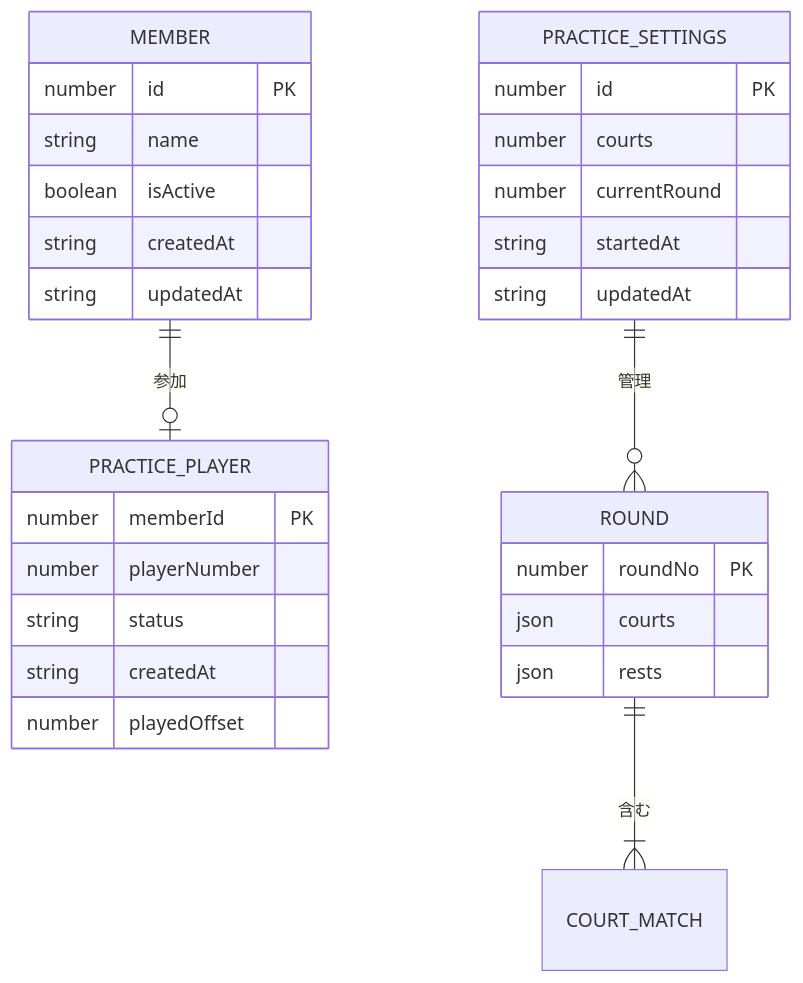
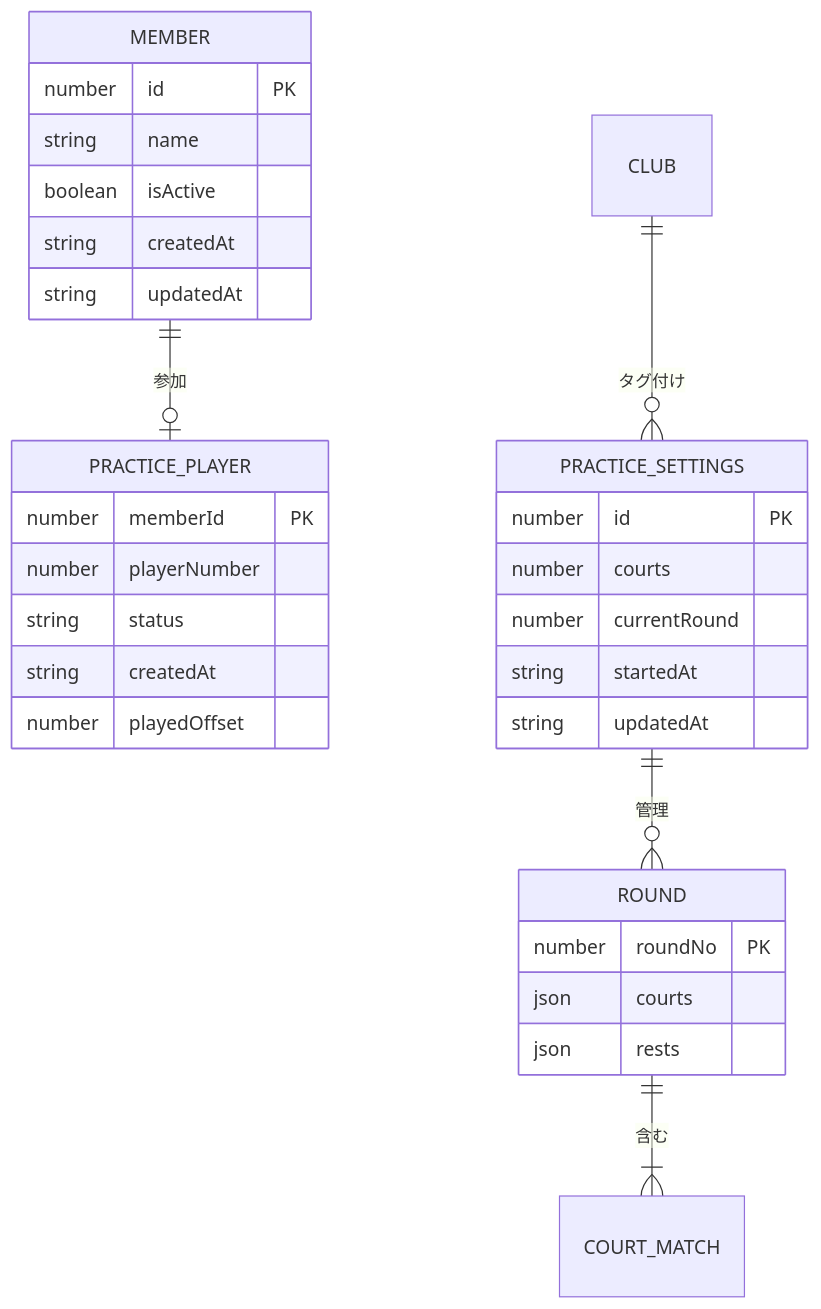
One commit to KM0912/pairkuji changed the second of 8 diagrams in docs/functional-design.md. Above: the diagram before and after it, drawn with Mermaid. The commit also changed other lines of this file and 17 other files, not shown here.

````diff
--- a/docs/functional-design.md
+++ b/docs/functional-design.md
@@ -156,33 +172,34 @@
 ```mermaid
 erDiagram
     MEMBER ||--o| PRACTICE_PLAYER : "参加"
     PRACTICE_SETTINGS ||--o{ ROUND : "管理"
     ROUND ||--|{ COURT_MATCH : "含む"
+    CLUB ||--o{ PRACTICE_SETTINGS : "タグ付け"
 
     MEMBER {
         number id PK
         string name
         boolean isActive
         string createdAt
         string updatedAt
     }
     PRACTICE_SETTINGS {
         number id PK
         number courts
         number currentRound
         string startedAt
         string updatedAt
     }
     PRACTICE_PLAYER {
         number memberId PK
         number playerNumber
         string status
         string createdAt
         number playedOffset
     }
     ROUND {
         number roundNo PK
         json courts
         json rests
     }
 ```
````
